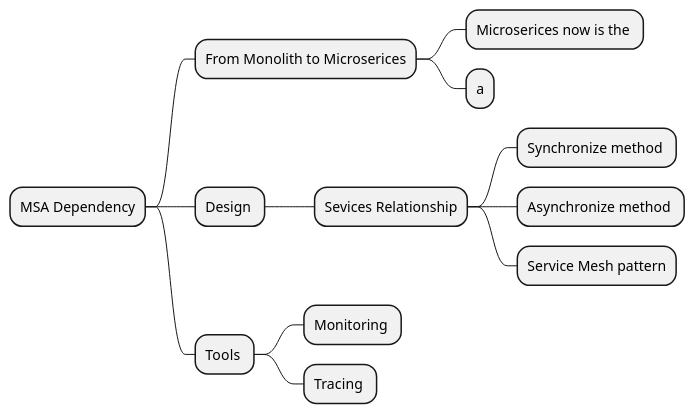
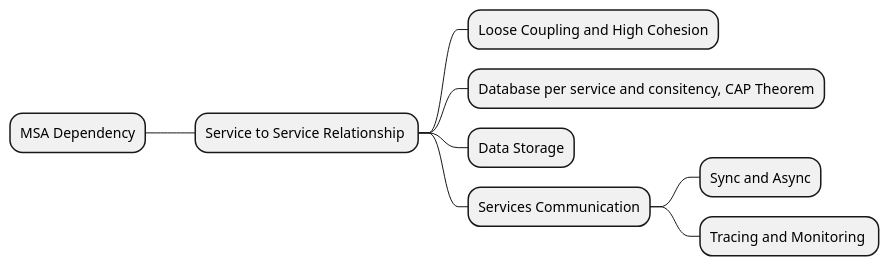
The diagram in docs/mindmap.puml (hoangviet1vu/msa-dependency-management), drawn with PlantUML before and after one commit. The commit also changed 2 other files, not shown here.

Commit message:
Designing Cohesive and Loosely Coupled Services

```diff
--- a/docs/mindmap.puml
+++ b/docs/mindmap.puml
@@ -1,16 +1,15 @@
 @startmindmap
 
 * MSA Dependency
-++ From Monolith to Microserices
-+++ Microserices now is the 
-+++ a
-++ Design 
-+++ Sevices Relationship
-++++ Synchronize method 
-++++ Asynchronize method 
-++++ Service Mesh pattern
-++ Tools 
-+++ Monitoring 
-+++ Tracing 
+++ Service to Service Relationship 
++++ Loose Coupling and High Cohesion
++++ Database per service and consitency, CAP Theorem
++++ Data Storage
++++ Services Communication
+++++ Sync and Async
+++++ Tracing and Monitoring 
+
+
+
 
 @endmindmap
```
